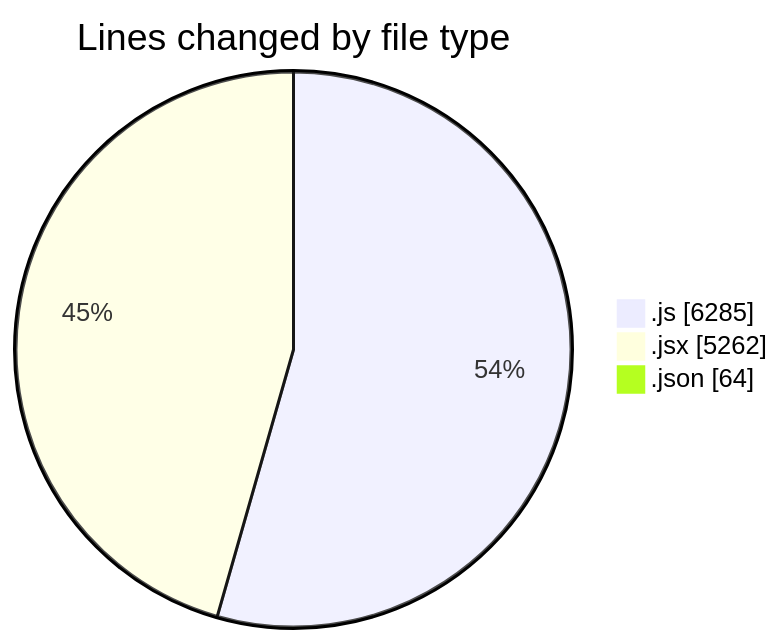
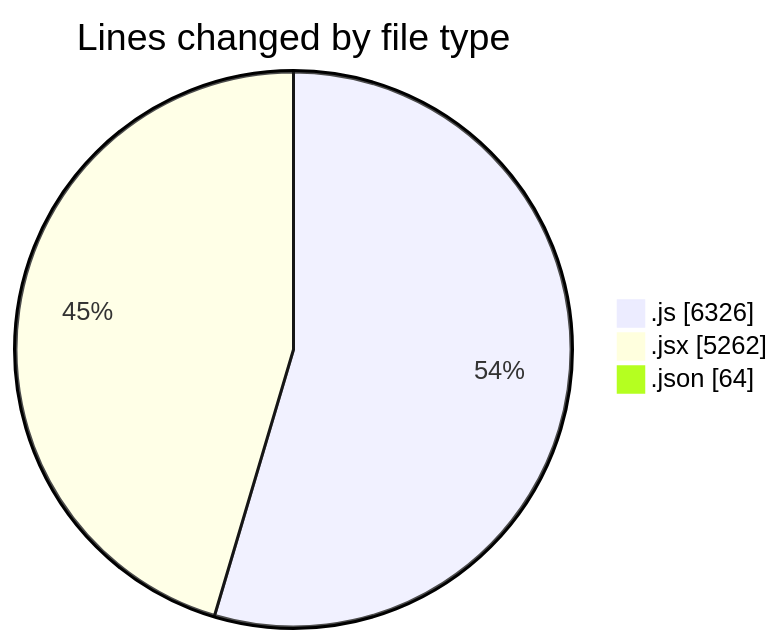
Before and after one commit to nxtqubesakshisongat/code-tracking: the first of 2 diagrams in 2025-08-07/nxtqube_webapp/README.md, drawn with Mermaid. The commit also changed other lines of this file and 1 other file, not shown here.

````diff
--- a/2025-08-07/nxtqube_webapp/README.md
+++ b/2025-08-07/nxtqube_webapp/README.md
@@ -25,7 +25,7 @@
 ```mermaid
 pie showData
 title Lines changed by file type
-".js" : 6285
+".js" : 6326
 ".jsx" : 5262
 ".json" : 64
 ```
````
